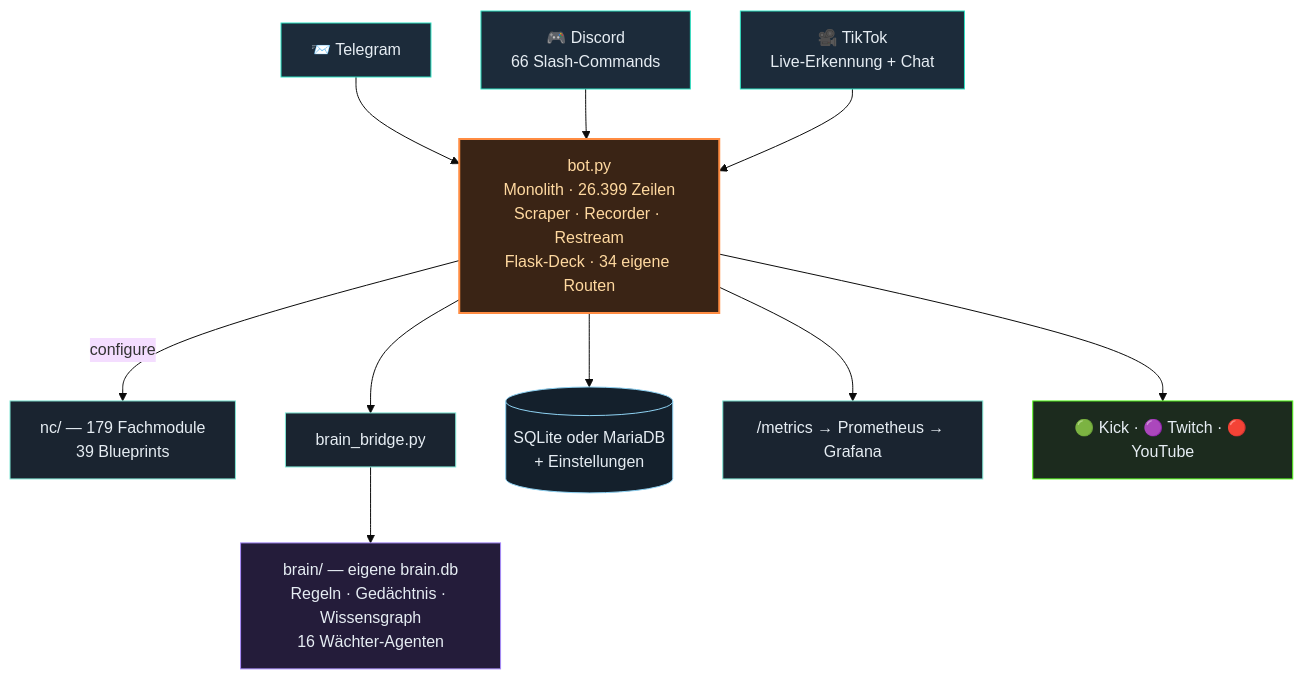
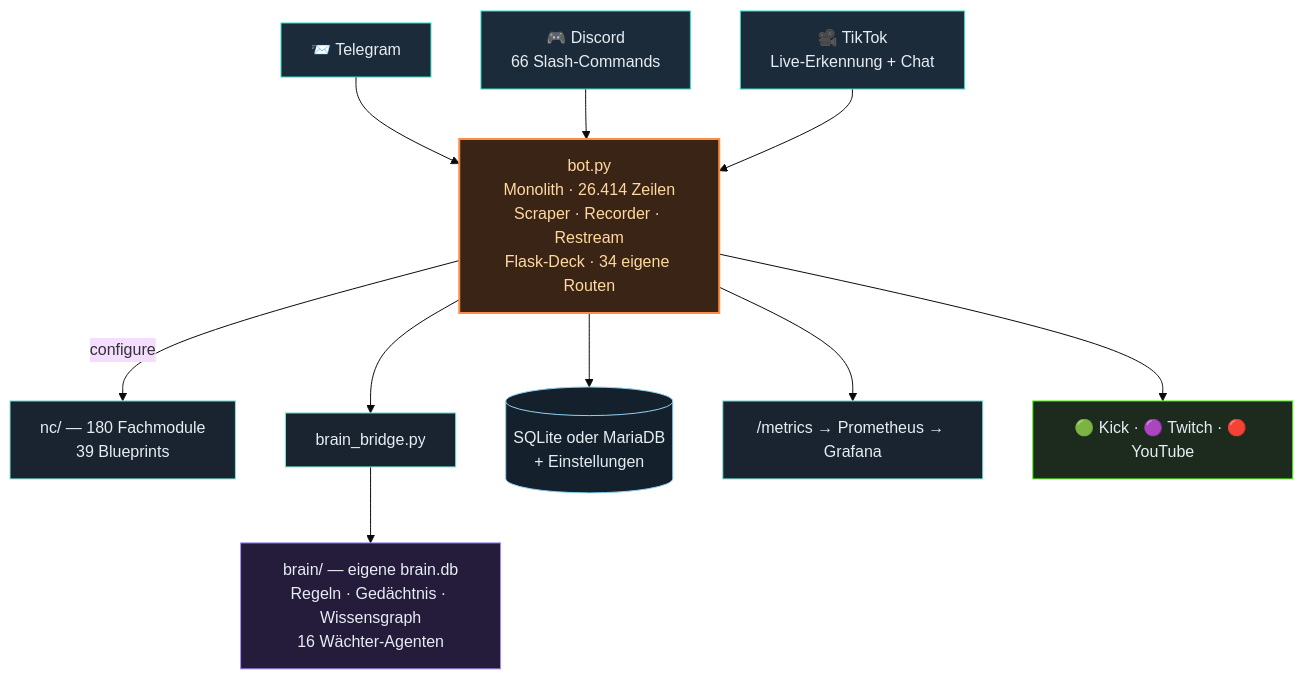
Before and after one commit to itsamemedev/Telegram-Stream-Info-Bot: the second of 3 diagrams in README.md, drawn with Mermaid (base theme). The commit also changed other lines of this file and 18 other files, not shown here.

````diff
--- a/README.md
+++ b/README.md
@@ -118,19 +118,19 @@
 ```mermaid
 flowchart TB
     TG["📨 Telegram"]:::ein --> BOT
     DC["🎮 Discord<br/>66 Slash-Commands"]:::ein --> BOT
     TT["🎥 TikTok<br/>Live-Erkennung + Chat"]:::ein --> BOT
-    BOT["bot.py<br/>Monolith · 26.399 Zeilen<br/>Scraper · Recorder · Restream<br/>Flask-Deck · 34 eigene Routen"]:::core
-    BOT -->|configure| NC["nc/ — 179 Fachmodule<br/>39 Blueprints"]:::lib
+    BOT["bot.py<br/>Monolith · 26.414 Zeilen<br/>Scraper · Recorder · Restream<br/>Flask-Deck · 34 eigene Routen"]:::core
+    BOT -->|configure| NC["nc/ — 180 Fachmodule<br/>39 Blueprints"]:::lib
     BOT --> BR["brain_bridge.py"]:::lib
     BR --> BRAIN["brain/ — eigene brain.db<br/>Regeln · Gedächtnis · Wissensgraph<br/>16 Wächter-Agenten"]:::brain
     BOT --> DB[("SQLite oder MariaDB<br/>+ Einstellungen")]:::db
     BOT --> PROM["/metrics → Prometheus → Grafana"]:::lib
     BOT --> OUT["🟢 Kick · 🟣 Twitch · 🔴 YouTube"]:::out
     classDef ein fill:#1c2b3a,stroke:#2de1c2,color:#e6edf3
     classDef core fill:#3a2415,stroke:#ff8c42,stroke-width:2px,color:#ffd9a0
     classDef lib fill:#1a2430,stroke:#7fe7d4,color:#e6edf3
     classDef brain fill:#241c3a,stroke:#a78bfa,color:#e6edf3
     classDef db fill:#14202c,stroke:#8fd3f4,color:#e6edf3
     classDef out fill:#1c2b1e,stroke:#53fc18,color:#e6edf3
 ```
````
